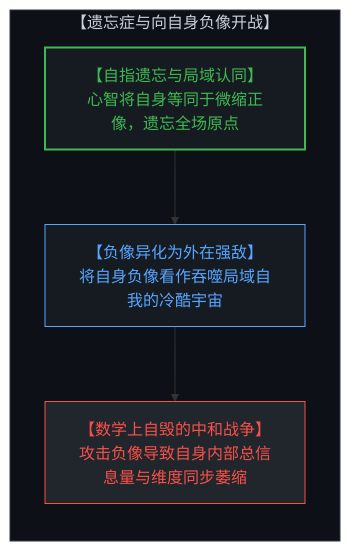
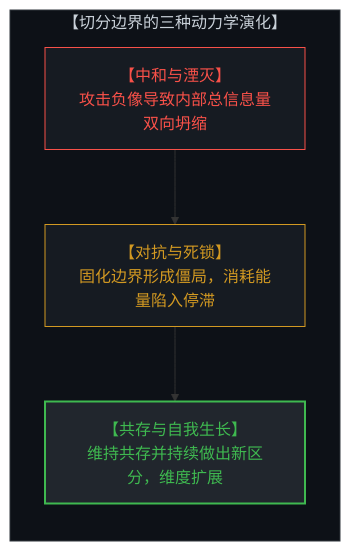
Before and after one commit to powerpig99/not-a-toe: the fifth of 6 diagrams in content/posts/the-geometry-of-coexistence-and-the-dual-cut.md, drawn with Mermaid. The commit also changed other lines of this file and 3 other files, not shown here.

Commit message:
Integrate boundary deadlock dynamics and self-growth via continuous distinction into Post 312

````diff
--- a/content/posts/the-geometry-of-coexistence-and-the-dual-cut.md
+++ b/content/posts/the-geometry-of-coexistence-and-the-dual-cut.md
@@ -169,15 +169,15 @@
 ```mermaid
 graph TD
-    subgraph ParallaxAmnesia["【遗忘症与向自身负像开战】"]
+    subgraph CutDynamics["【切分边界的三种动力学演化】"]
         direction TB
-        DetachedAmnesia["【自指遗忘与局域认同】<br>心智将自身等同于微缩正像，遗忘全场原点"]
-        AlienatedDual["【负像异化为外在强敌】<br>将自身负像看作吞噬局域自我的冷酷宇宙"]
-        SelfDefeatingWar["【数学上自毁的中和战争】<br>攻击负像导致自身内部总信息量与维度同步萎缩"]
-        DetachedAmnesia --> AlienatedDual
-        AlienatedDual --> SelfDefeatingWar
+        AnnihilationNode["【中和与湮灭】<br>攻击负像导致内部总信息量双向坍缩"]
+        DeadlockNode["【对抗与死锁】<br>固化边界形成僵局，消耗能量陷入停滞"]
+        SelfGrowthNode["【共存与自我生长】<br>维持共存并持续做出新区分，维度扩展"]
+        AnnihilationNode --> DeadlockNode
+        DeadlockNode --> SelfGrowthNode
     end
-    style ParallaxAmnesia fill:#0d1117,stroke:#30363d,stroke-width:1px,color:#c9d1d9
-    style DetachedAmnesia fill:#161b22,stroke:#3fb950,stroke-width:2px,color:#3fb950
-    style AlienatedDual fill:#161b22,stroke:#58a6ff,stroke-width:1px,color:#58a6ff
-    style SelfDefeatingWar fill:#21262d,stroke:#f85149,stroke-width:1px,color:#f85149
+    style CutDynamics fill:#0d1117,stroke:#30363d,stroke-width:1px,color:#c9d1d9
+    style AnnihilationNode fill:#161b22,stroke:#f85149,stroke-width:1px,color:#f85149
+    style DeadlockNode fill:#161b22,stroke:#d29922,stroke-width:1px,color:#d29922
+    style SelfGrowthNode fill:#21262d,stroke:#3fb950,stroke-width:2px,color:#3fb950
 ```
````
